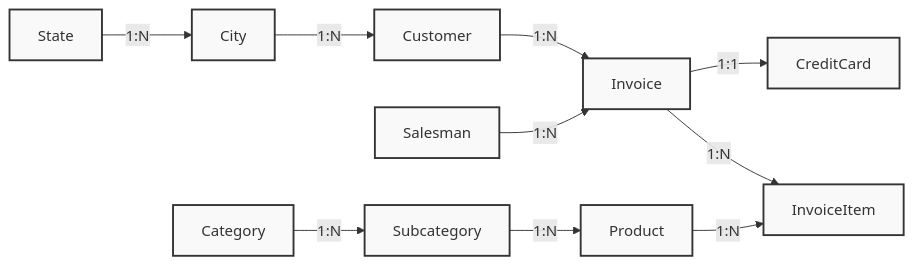
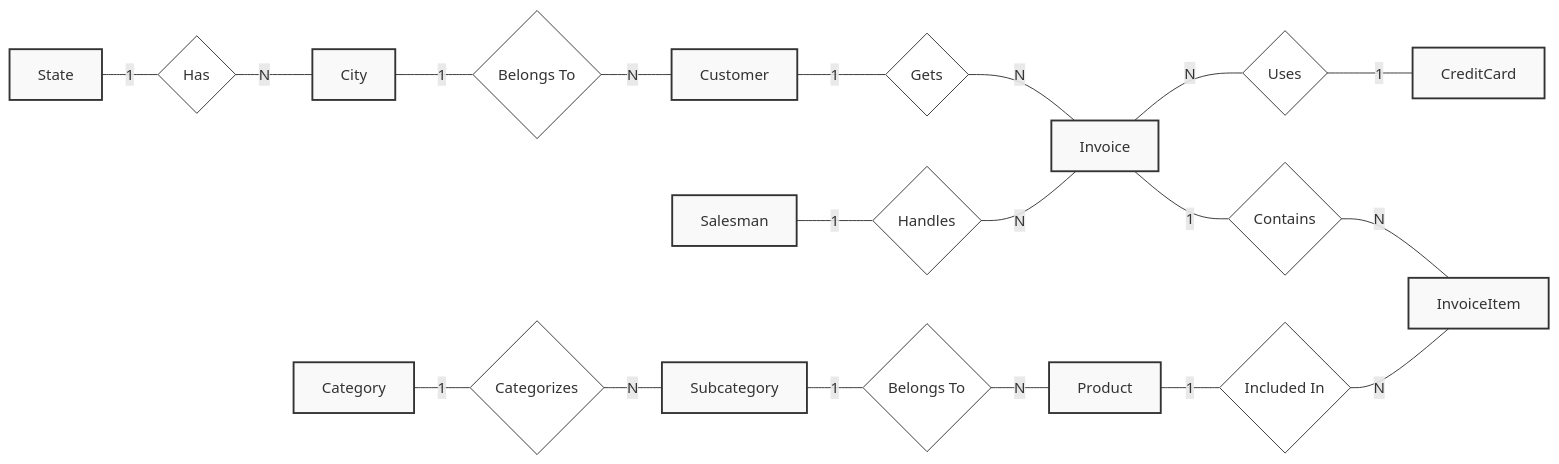
Before and after one commit to tjovic/database-design-labs-prerequisites: the diagram in 01-relational-database-basics.md, drawn with Mermaid.

````diff
--- a/01-relational-database-basics.md
+++ b/01-relational-database-basics.md
@@ -205,25 +205,40 @@
 ```mermaid
 graph LR
+    %% Definition of styles for entities (rectangles) and relationships (diamonds)
     classDef entity fill:#f9f9f9,stroke:#333,stroke-width:2px;
+    classDef rel fill:#fff,stroke:#333,stroke-width:1px;
 
+    %% Entities
     State:::entity
     City:::entity
     Customer:::entity
     Invoice:::entity
     Salesman:::entity
     CreditCard:::entity
     InvoiceItem:::entity
     Product:::entity
     Subcategory:::entity
     Category:::entity
 
-    State -->|1:N| City
-    City -->|1:N| Customer
-    Customer -->|1:N| Invoice
-    Salesman -->|1:N| Invoice
-    Invoice -->|1:1| CreditCard
-    Invoice -->|1:N| InvoiceItem
-    Product -->|1:N| InvoiceItem
-    Subcategory -->|1:N| Product
-    Category -->|1:N| Subcategory
+    %% Relationships as diamonds { }
+    r1{Has}:::rel
+    r2{Belongs To}:::rel
+    r3{Gets}:::rel
+    r4{Handles}:::rel
+    r5{Uses}:::rel
+    r6{Contains}:::rel
+    r7{Included In}:::rel
+    r8{Belongs To}:::rel
+    r9{Categorizes}:::rel
+
+    %% Flow and cardinalities (defined on both sides)
+    State ---|1| r1 ---|N| City
+    City ---|1| r2 ---|N| Customer
+    Customer ---|1| r3 ---|N| Invoice
+    Salesman ---|1| r4 ---|N| Invoice
+    Invoice ---|N| r5 ---|1| CreditCard
+    Invoice ---|1| r6 ---|N| InvoiceItem
+    Product ---|1| r7 ---|N| InvoiceItem
+    Subcategory ---|1| r8 ---|N| Product
+    Category ---|1| r9 ---|N| Subcategory
 ```
````
